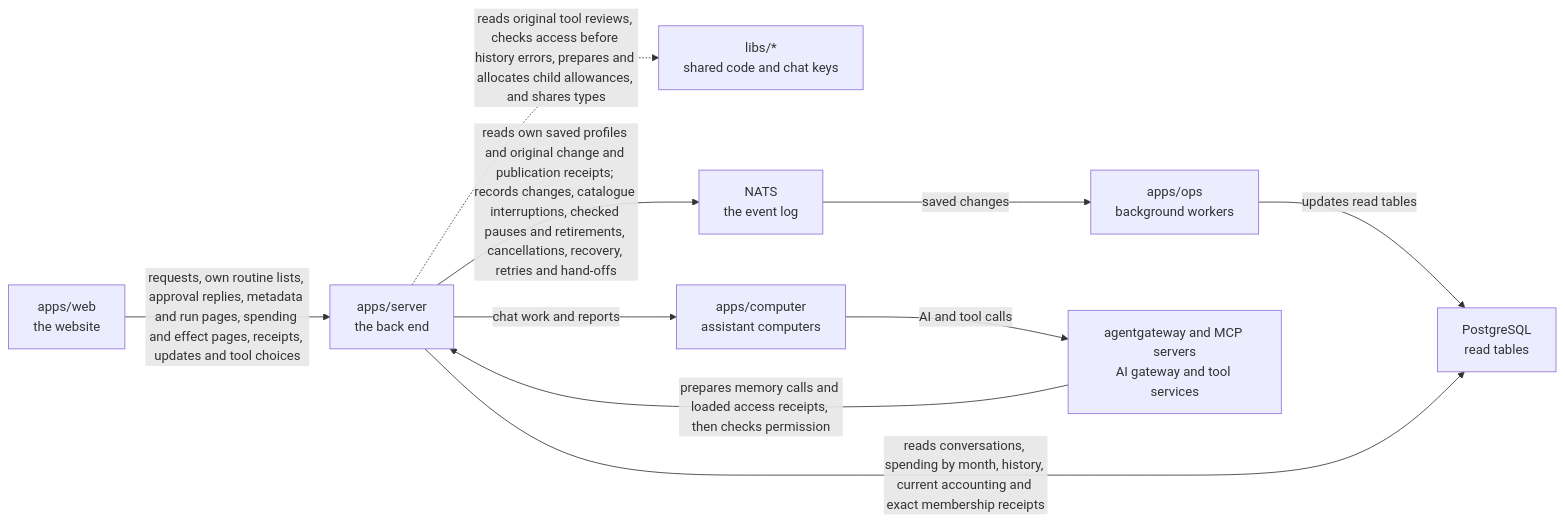
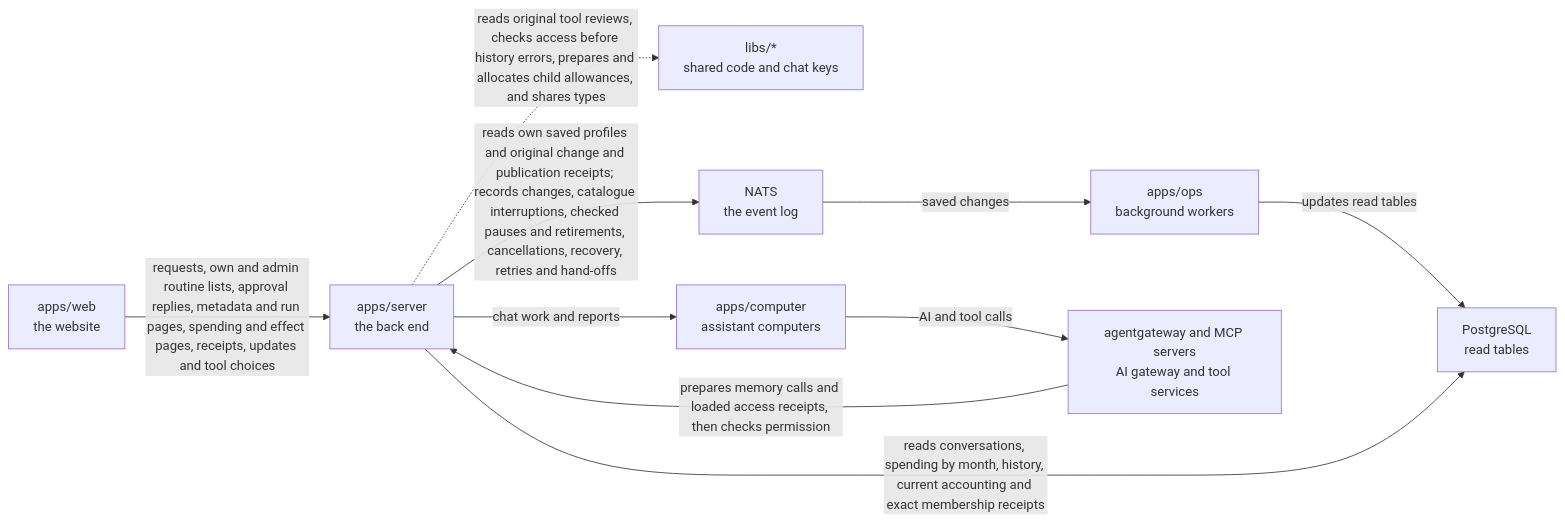
The diagram in apps/server/README.md (elewa-git/opencrane-new), drawn with Mermaid before and after one commit. The commit also changed other lines of this file and 7 other files, not shown here.

Commit message:
✨ Read bounded admin routine metadata lists

````diff
--- a/apps/server/README.md
+++ b/apps/server/README.md
@@ -60,12 +60,12 @@
 ```mermaid
 flowchart LR
-  web["apps/web<br/>the website"] -->|requests, own routine lists, approval replies, metadata and run pages, spending and effect pages, receipts, updates and tool choices| server["apps/server<br/>the back end"]
+  web["apps/web<br/>the website"] -->|requests, own and admin routine lists, approval replies, metadata and run pages, spending and effect pages, receipts, updates and tool choices| server["apps/server<br/>the back end"]
   server -.->|reads original tool reviews, checks access before history errors, prepares and allocates child allowances, and shares types| libs["libs/*<br/>shared code and chat keys"]
   server -->|reads own saved profiles and original change and publication receipts; records changes, catalogue interruptions, checked pauses and retirements, cancellations, recovery, retries and hand-offs| nats["NATS<br/>the event log"]
   nats -->|saved changes| ops["apps/ops<br/>background workers"]
   ops -->|updates read tables| postgres["PostgreSQL<br/>read tables"]
   server -->|reads conversations, spending by month, history, current accounting and exact membership receipts| postgres
   server -->|chat work and reports| computer["apps/computer<br/>assistant computers"]
   computer -->|AI and tool calls| runtime["agentgateway and MCP servers<br/>AI gateway and tool services"]
   runtime -->|prepares memory calls and loaded access receipts, then checks permission| server
 ```
````
